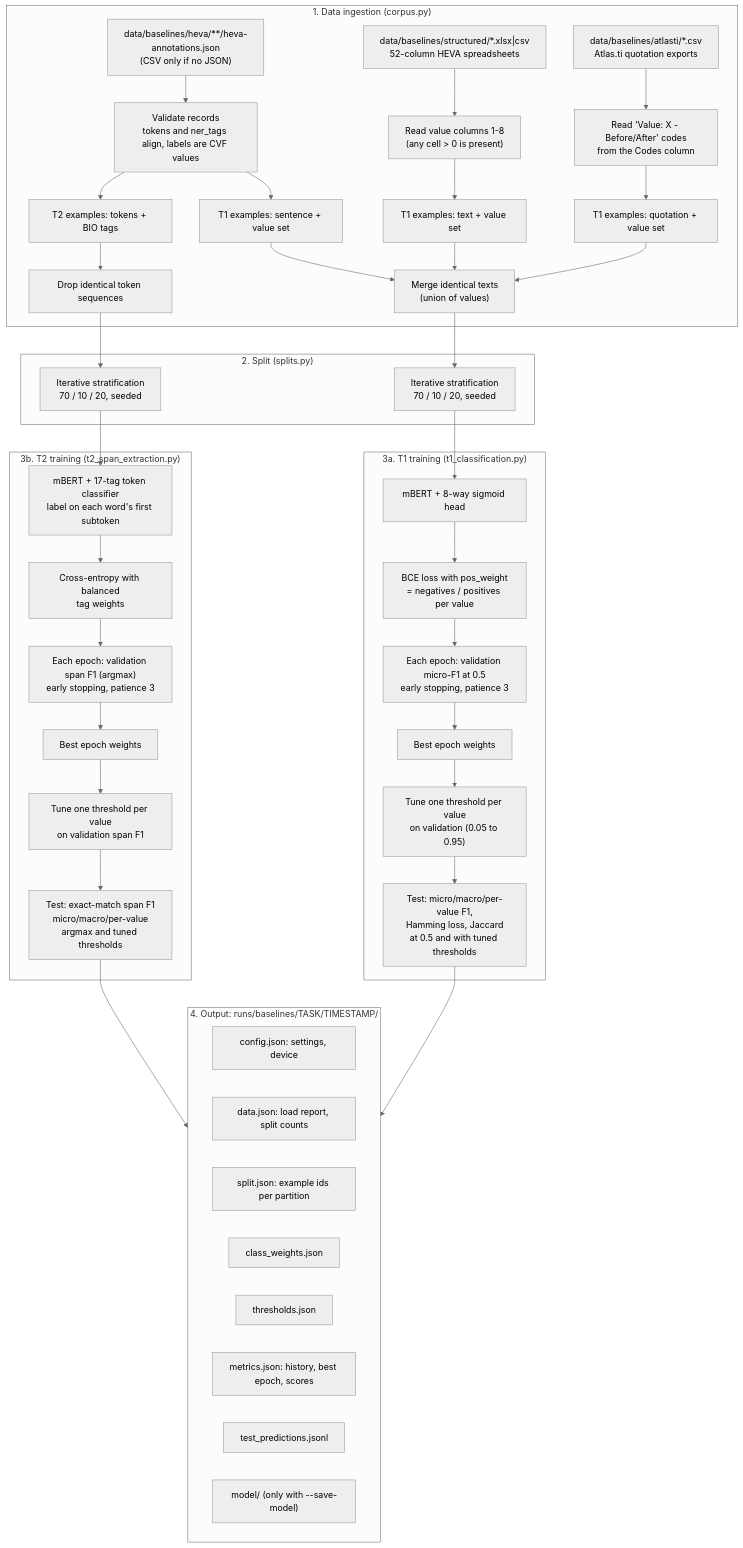
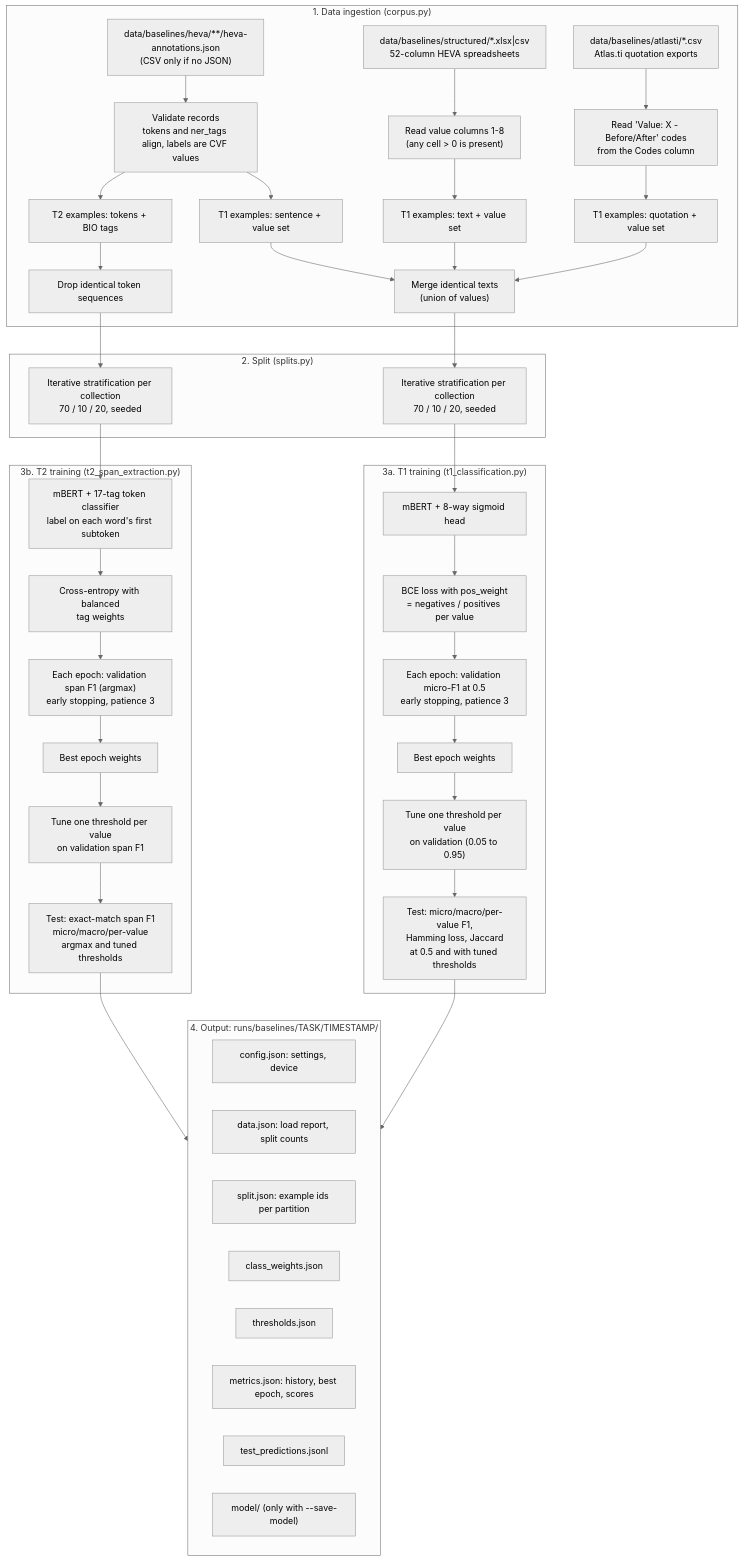
The diagram in src/heva/baselines/README.md (zzbn12345/HEVA_toolkit), drawn with Mermaid (neutral theme) before and after one commit. The commit also changed other lines of this file and 5 other files, not shown here.

First line of the commit message:
feat: split and score baselines per collection

````diff
--- a/src/heva/baselines/README.md
+++ b/src/heva/baselines/README.md
@@ -45,56 +45,56 @@
 ```mermaid
 flowchart TD
     subgraph INGEST["1. Data ingestion (corpus.py)"]
         H["data/baselines/heva/**/heva-annotations.json<br/>(CSV only if no JSON)"]
         S["data/baselines/structured/*.xlsx|csv<br/>52-column HEVA spreadsheets"]
         A["data/baselines/atlasti/*.csv<br/>Atlas.ti quotation exports"]
         S --> SV["Read value columns 1-8<br/>(any cell > 0 is present)"]
         SV --> T1S["T1 examples: text + value set"]
         T1S --> D1
         H --> HV["Validate records<br/>tokens and ner_tags align, labels are CVF values"]
         A --> AV["Read 'Value: X - Before/After' codes<br/>from the Codes column"]
         HV --> T1H["T1 examples: sentence + value set"]
         HV --> T2H["T2 examples: tokens + BIO tags"]
         AV --> T1A["T1 examples: quotation + value set"]
         T1H --> D1["Merge identical texts<br/>(union of values)"]
         T1A --> D1
         T2H --> D2["Drop identical token sequences"]
     end
 
     subgraph SPLIT["2. Split (splits.py)"]
-        D1 --> S1["Iterative stratification<br/>70 / 10 / 20, seeded"]
-        D2 --> S2["Iterative stratification<br/>70 / 10 / 20, seeded"]
+        D1 --> S1["Iterative stratification per collection<br/>70 / 10 / 20, seeded"]
+        D2 --> S2["Iterative stratification per collection<br/>70 / 10 / 20, seeded"]
     end
 
     subgraph T1["3a. T1 training (t1_classification.py)"]
         S1 --> M1["mBERT + 8-way sigmoid head"]
         M1 --> L1["BCE loss with pos_weight<br/>= negatives / positives per value"]
         L1 --> E1["Each epoch: validation micro-F1 at 0.5<br/>early stopping, patience 3"]
         E1 --> B1["Best epoch weights"]
         B1 --> TH1["Tune one threshold per value<br/>on validation (0.05 to 0.95)"]
         TH1 --> EV1["Test: micro/macro/per-value F1,<br/>Hamming loss, Jaccard<br/>at 0.5 and with tuned thresholds"]
     end
 
     subgraph T2["3b. T2 training (t2_span_extraction.py)"]
         S2 --> M2["mBERT + 17-tag token classifier<br/>label on each word's first subtoken"]
         M2 --> L2["Cross-entropy with balanced<br/>tag weights"]
         L2 --> E2["Each epoch: validation span F1 (argmax)<br/>early stopping, patience 3"]
         E2 --> B2["Best epoch weights"]
         B2 --> TH2["Tune one threshold per value<br/>on validation span F1"]
         TH2 --> EV2["Test: exact-match span F1<br/>micro/macro/per-value<br/>argmax and tuned thresholds"]
     end
 
     subgraph OUT["4. Output: runs/baselines/TASK/TIMESTAMP/"]
         O1["config.json: settings, device"]
         O2["data.json: load report, split counts"]
         O3["split.json: example ids per partition"]
         O4["class_weights.json"]
         O5["thresholds.json"]
         O6["metrics.json: history, best epoch, scores"]
         O7["test_predictions.jsonl"]
         O8["model/ (only with --save-model)"]
     end
 
     EV1 --> OUT
     EV2 --> OUT
 ```
````
